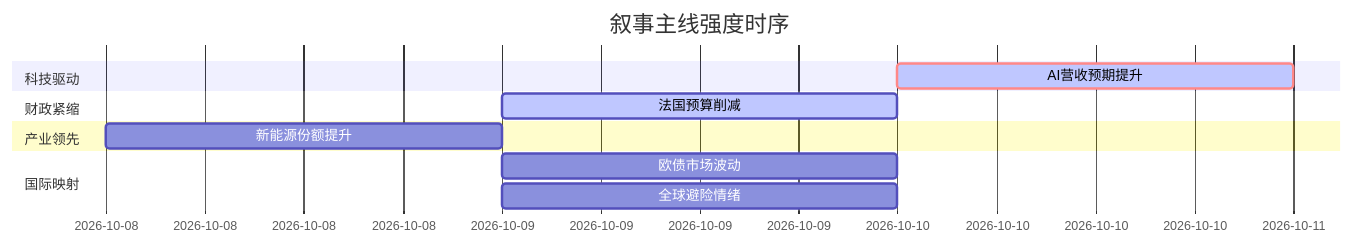
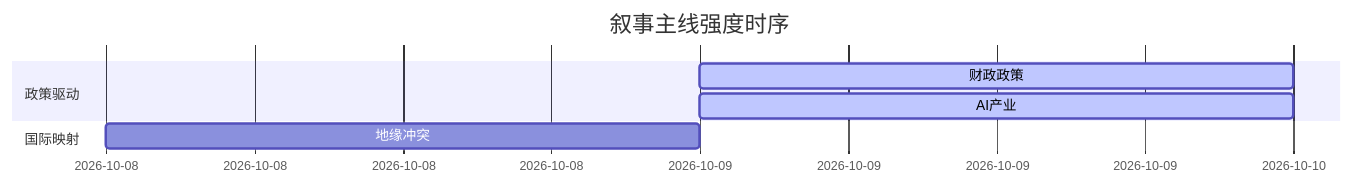
The diagram in 5day_report.md (uu5zn/uu5zn.github.io), drawn with Mermaid before and after one commit. The commit also changed other lines of this file and 3 other files, not shown here.

````diff
--- a/5day_report.md
+++ b/5day_report.md
@@ -53,15 +48,10 @@
 ```mermaid
 gantt
     title 叙事主线强度时序
     dateFormat  YYYY-MM-DD
-    section 科技驱动
-    AI营收预期提升   :crit, active, 2026-10-10, 1d
-    section 财政紧缩
-    法国预算削减   :active, 2026-10-09, 0.7d
-    section 产业领先
-    新能源份额提升   :2026-10-08, 0.5d
-    
+    section 政策驱动
+    财政政策   :active, 2026-10-09, 1d
+    AI产业     :active, 2026-10-09, 1d
     section 国际映射
-    欧债市场波动   :2026-10-09, 0.7d
-    全球避险情绪   :2026-10-09, 0.7d
+    地缘冲突   :2026-10-08, 1d
 ```
````
